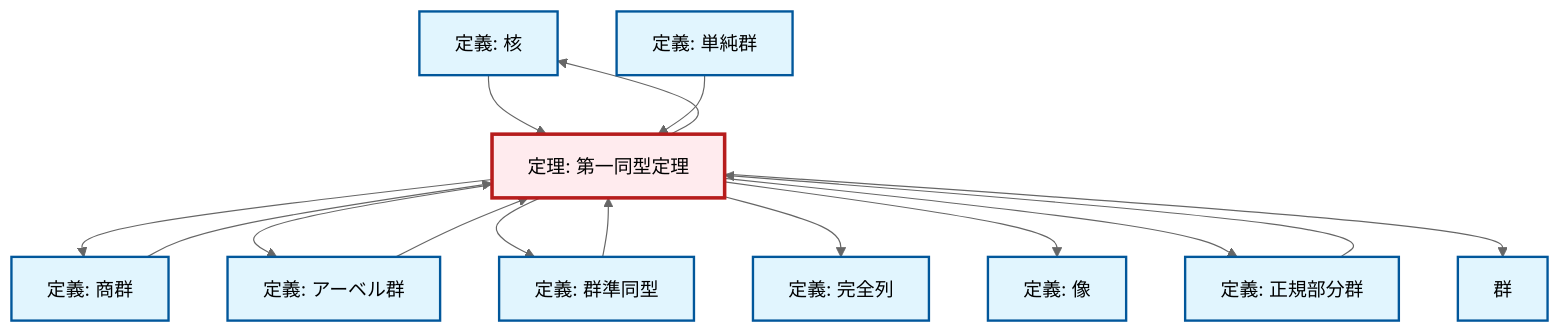
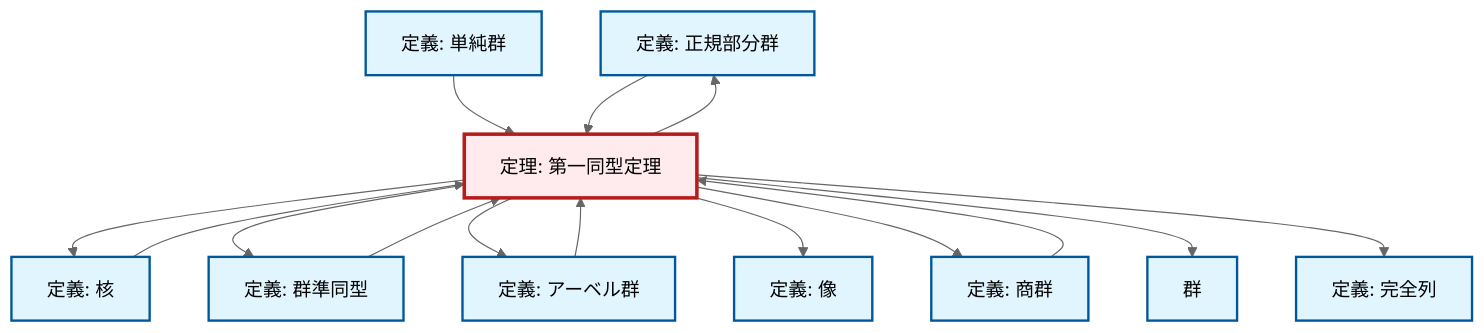
Before and after one commit to RK0429/ModernMath: the diagram in content/ja/algebra/thm-first-isomorphism.qmd, drawn with Mermaid (neutral theme). The commit also changed 672 other files, not shown here.

````diff
--- a/content/ja/algebra/thm-first-isomorphism.qmd
+++ b/content/ja/algebra/thm-first-isomorphism.qmd
@@ -110,43 +110,43 @@
 ```{mermaid}
-%%| fig-cap: "Local dependency graph"
+%%| fig-cap: "ローカル依存関係グラフ"
 graph TD
     classDef definition fill:#e1f5fe,stroke:#01579b,stroke-width:2px
     classDef theorem fill:#f3e5f5,stroke:#4a148c,stroke-width:2px
     classDef axiom fill:#fff3e0,stroke:#e65100,stroke-width:2px
     classDef example fill:#e8f5e9,stroke:#1b5e20,stroke-width:2px
     classDef current fill:#ffebee,stroke:#b71c1c,stroke-width:3px
+    def-normal-subgroup["定義: 正規部分群"]:::definition
+    def-image["定義: 像"]:::definition
+    def-exact-sequence["定義: 完全列"]:::definition
+    def-quotient-group["定義: 商群"]:::definition
+    thm-first-isomorphism["定理: 第一同型定理"]:::theorem
+    def-homomorphism["定義: 群準同型"]:::definition
+    def-group["群"]:::definition
+    def-simple-group["定義: 単純群"]:::definition
     def-kernel["定義: 核"]:::definition
-    def-simple-group["定義: 単純群"]:::definition
-    def-image["定義: 像"]:::definition
-    def-quotient-group["定義: 商群"]:::definition
     def-abelian-group["定義: アーベル群"]:::definition
-    def-normal-subgroup["定義: 正規部分群"]:::definition
-    def-homomorphism["定義: 群準同型"]:::definition
-    def-exact-sequence["定義: 完全列"]:::definition
-    thm-first-isomorphism["定理: 第一同型定理"]:::theorem
-    def-group["群"]:::definition
+    def-kernel --> thm-first-isomorphism
+    thm-first-isomorphism --> def-kernel
+    thm-first-isomorphism --> def-homomorphism
+    def-abelian-group --> thm-first-isomorphism
+    thm-first-isomorphism --> def-abelian-group
+    thm-first-isomorphism --> def-image
+    thm-first-isomorphism --> def-quotient-group
+    thm-first-isomorphism --> def-group
+    thm-first-isomorphism --> def-normal-subgroup
     def-homomorphism --> thm-first-isomorphism
-    thm-first-isomorphism --> def-quotient-group
-    thm-first-isomorphism --> def-abelian-group
-    thm-first-isomorphism --> def-kernel
+    thm-first-isomorphism --> def-exact-sequence
+    def-quotient-group --> thm-first-isomorphism
+    def-simple-group --> thm-first-isomorphism
     def-normal-subgroup --> thm-first-isomorphism
-    thm-first-isomorphism --> def-homomorphism
-    def-kernel --> thm-first-isomorphism
-    thm-first-isomorphism --> def-exact-sequence
-    thm-first-isomorphism --> def-image
-    thm-first-isomorphism --> def-normal-subgroup
-    thm-first-isomorphism --> def-group
-    def-abelian-group --> thm-first-isomorphism
-    def-simple-group --> thm-first-isomorphism
-    def-quotient-group --> thm-first-isomorphism
     class thm-first-isomorphism current
+    click def-normal-subgroup "def-normal-subgroup.html" "正規部分群の定義へ"
+    click def-image "def-image.html" "像の定義へ"
+    click def-exact-sequence "def-exact-sequence.html" "完全列の定義へ"
+    click def-quotient-group "def-quotient-group.html" "商群の定義へ"
+    click def-homomorphism "def-homomorphism.html" "群準同型の定義へ"
+    click def-group "def-group.html" "群へ"
+    click def-simple-group "def-simple-group.html" "単純群の定義へ"
     click def-kernel "def-kernel.html" "核の定義へ"
-    click def-simple-group "def-simple-group.html" "単純群の定義へ"
-    click def-image "def-image.html" "像の定義へ"
-    click def-quotient-group "def-quotient-group.html" "商群の定義へ"
     click def-abelian-group "def-abelian-group.html" "アーベル群の定義へ"
-    click def-normal-subgroup "def-normal-subgroup.html" "正規部分群の定義へ"
-    click def-homomorphism "def-homomorphism.html" "群準同型の定義へ"
-    click def-exact-sequence "def-exact-sequence.html" "完全列の定義へ"
-    click def-group "def-group.html" "群へ"
 ```
````
